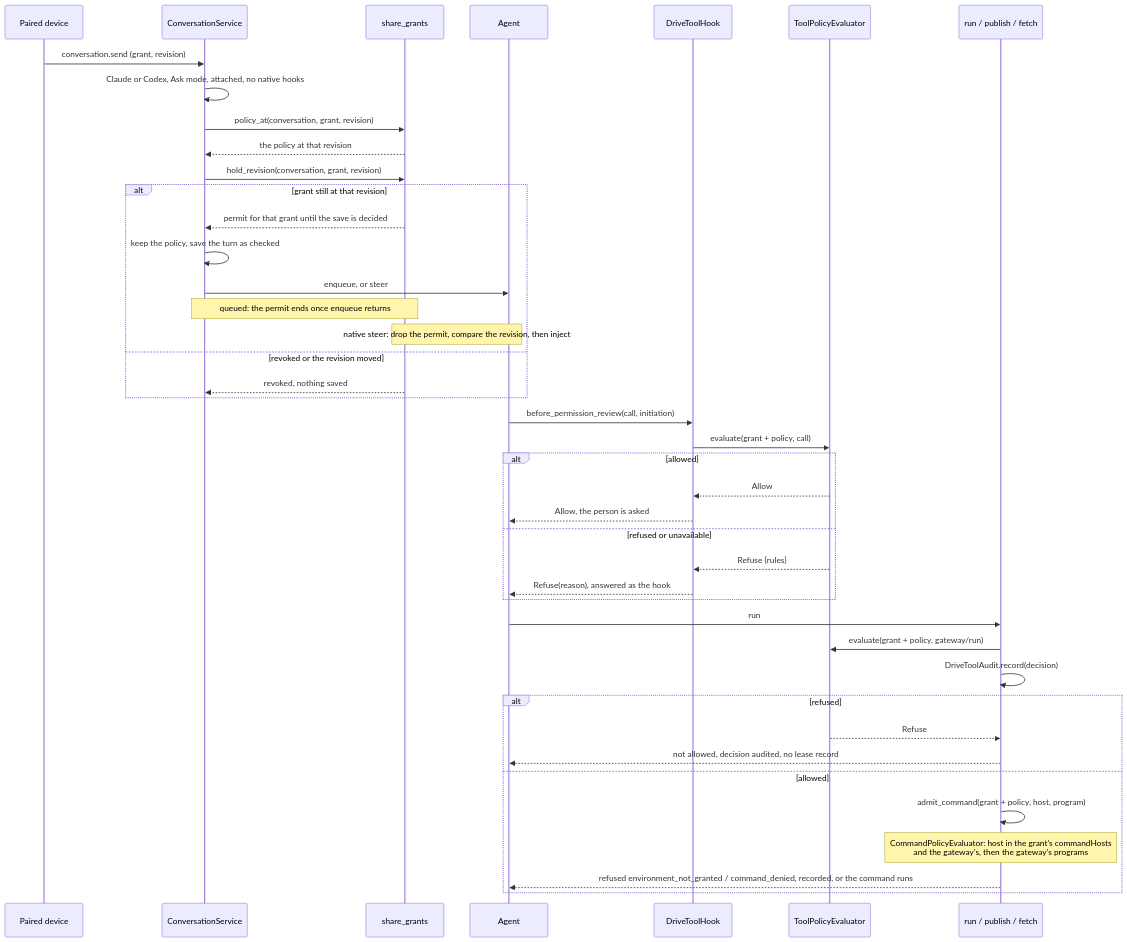
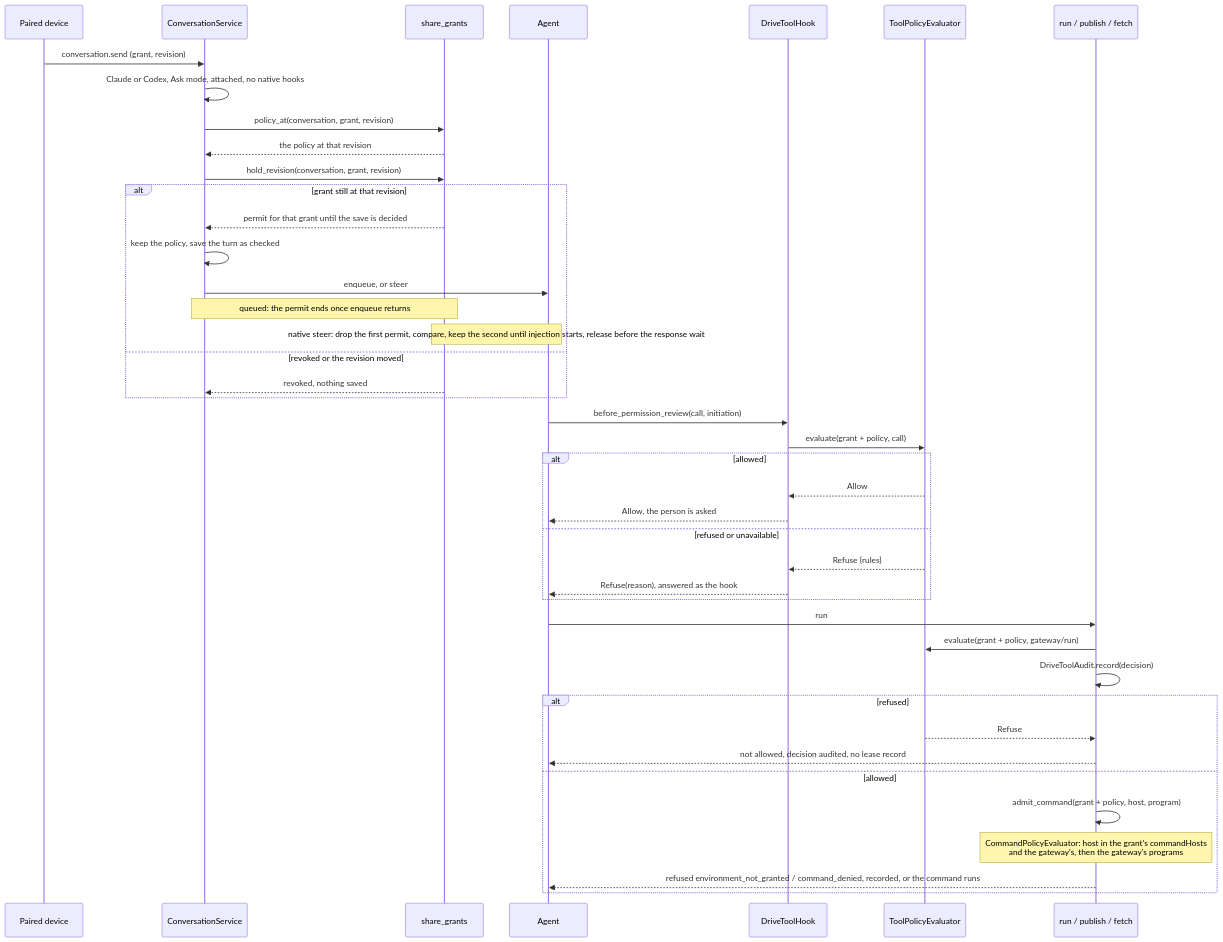
Before and after one commit to nessalabs/nessa-agent: the third of 6 diagrams in docs/design/read-grants.md, drawn with Mermaid. The commit also changed other lines of this file and 22 other files, not shown here.

First line of the commit message:
Keep a native steer's grant hold until injection starts.

````diff
--- a/docs/design/read-grants.md
+++ b/docs/design/read-grants.md
@@ -355,44 +358,44 @@
 ```mermaid
 sequenceDiagram
     participant Device as Paired device
     participant Service as ConversationService
     participant Grants as share_grants
     participant Agent
     participant Hook as DriveToolHook
     participant Cedar as ToolPolicyEvaluator
     participant Gateway as run / publish / fetch
     Device->>Service: conversation.send (grant, revision)
     Service->>Service: Claude or Codex, Ask mode, attached, no native hooks
     Service->>Grants: policy_at(conversation, grant, revision)
     Grants-->>Service: the policy at that revision
     Service->>Grants: hold_revision(conversation, grant, revision)
     alt grant still at that revision
         Grants-->>Service: permit for that grant until the save is decided
         Service->>Service: keep the policy, save the turn as checked
         Service->>Agent: enqueue, or steer
         Note over Service,Grants: queued: the permit ends once enqueue returns
-        Note over Agent,Grants: native steer: drop the permit, compare the revision, then inject
+        Note over Agent,Grants: native steer: drop the first permit, compare, keep the second until injection starts, release before the response wait
     else revoked or the revision moved
         Grants-->>Service: revoked, nothing saved
     end
     Agent->>Hook: before_permission_review(call, initiation)
     Hook->>Cedar: evaluate(grant + policy, call)
     alt allowed
         Cedar-->>Hook: Allow
         Hook-->>Agent: Allow, the person is asked
     else refused or unavailable
         Cedar-->>Hook: Refuse {rules}
         Hook-->>Agent: Refuse(reason), answered as the hook
     end
     Agent->>Gateway: run
     Gateway->>Cedar: evaluate(grant + policy, gateway/run)
     Gateway->>Gateway: DriveToolAudit.record(decision)
     alt refused
         Cedar-->>Gateway: Refuse
         Gateway-->>Agent: not allowed, decision audited, no lease record
     else allowed
         Gateway->>Gateway: admit_command(grant + policy, host, program)
         Note over Gateway: CommandPolicyEvaluator: host in the grant's commandHosts<br/>and the gateway's, then the gateway's programs
         Gateway-->>Agent: refused environment_not_granted / command_denied, recorded, or the command runs
     end
 ```
````
